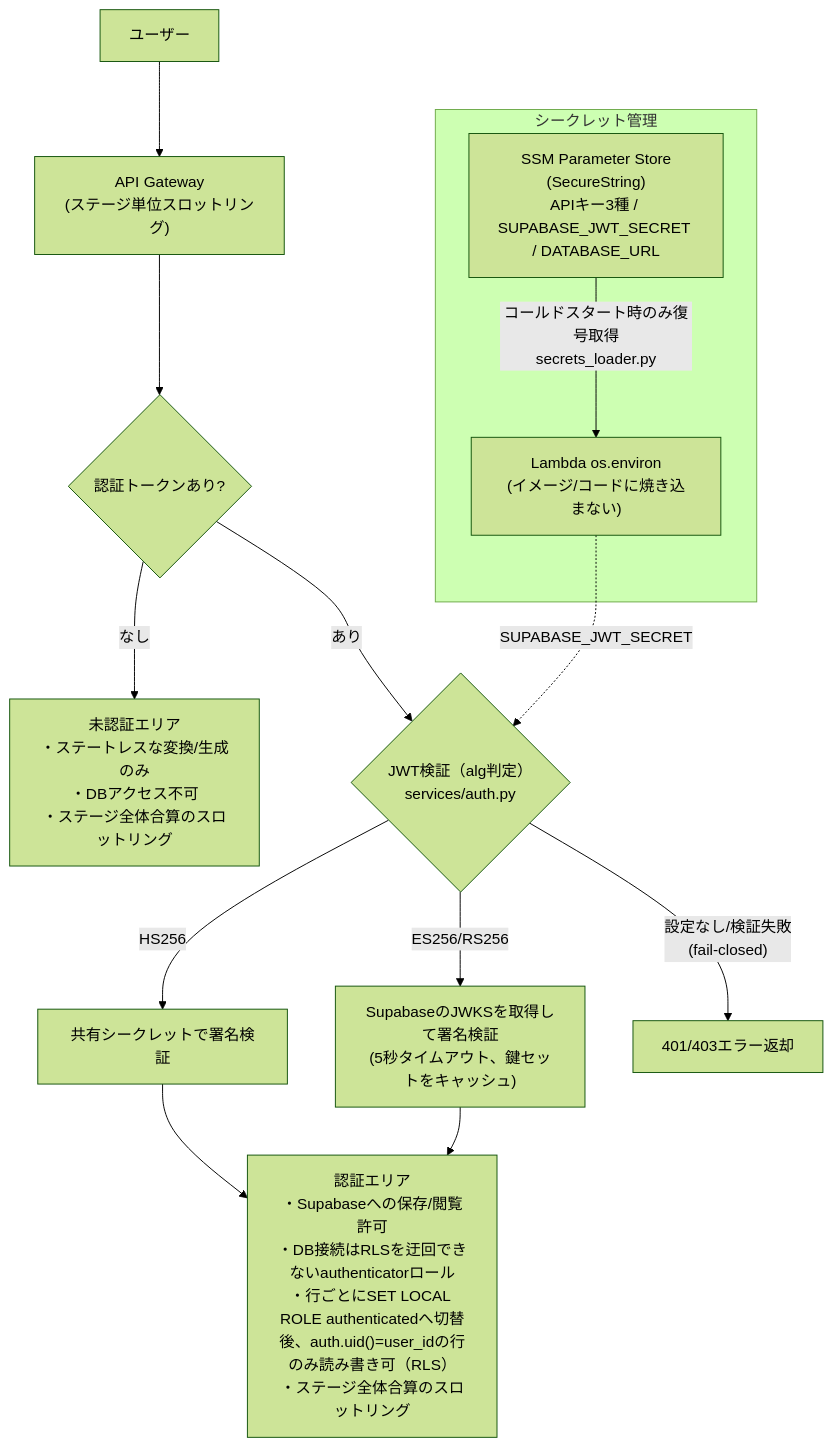
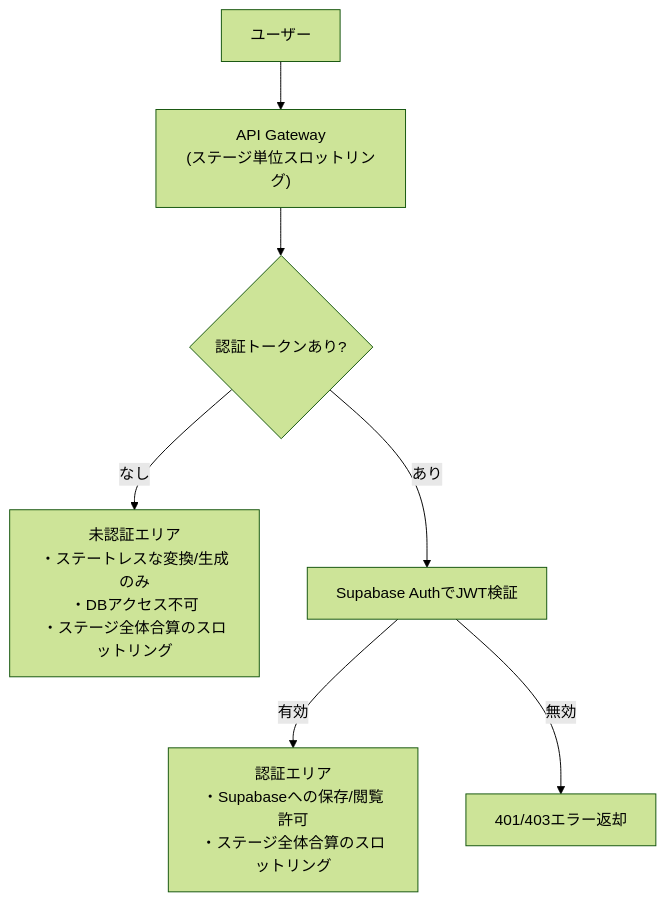
Before and after one commit to EisukeHishikawa/adapt-sheet: the sixth of 8 diagrams in docs/architecture.md, drawn with Mermaid (forest theme). The commit also changed other lines of this file, not shown here.

Commit message:
docs: セキュリティ概要図の重複説明を撤回しクロスリファレンスに置き換え
JWT検証・RLS・シークレット保管の詳細は3章/decisions.md ADR-020/deployment.mdに
既に書かれており、5章への追記は三重の重複だったため撤回し、参照リンク1行に絞る。

Claude-Session: https://claude.ai/code/session_013k4VRKfy212HvkhHUch2YT

````diff
--- a/docs/architecture.md
+++ b/docs/architecture.md
@@ -229,20 +229,10 @@
 ```mermaid
 flowchart TD
-    subgraph Secrets["シークレット管理"]
-        SSM["SSM Parameter Store<br/>(SecureString)<br/>APIキー3種 / SUPABASE_JWT_SECRET / DATABASE_URL"]
-        Env["Lambda os.environ<br/>(イメージ/コードに焼き込まない)"]
-        SSM -->|"コールドスタート時のみ復号取得<br/>secrets_loader.py"| Env
-    end
-
     User["ユーザー"] --> APIGW["API Gateway<br/>(ステージ単位スロットリング)"]
     APIGW --> Router{"認証トークンあり?"}
 
     Router -->|なし| Public["未認証エリア<br/>・ステートレスな変換/生成のみ<br/>・DBアクセス不可<br/>・ステージ全体合算のスロットリング"]
-    Router -->|あり| JWTCheck{"JWT検証（alg判定）<br/>services/auth.py"}
-    Env -.->|SUPABASE_JWT_SECRET| JWTCheck
-    JWTCheck -->|HS256| Shared["共有シークレットで署名検証"]
-    JWTCheck -->|ES256/RS256| JWKS["SupabaseのJWKSを取得して署名検証<br/>(5秒タイムアウト、鍵セットをキャッシュ)"]
-    JWTCheck -->|"設定なし/検証失敗<br/>(fail-closed)"| Reject["401/403エラー返却"]
-    Shared --> Private
-    JWKS --> Private["認証エリア<br/>・Supabaseへの保存/閲覧許可<br/>・DB接続はRLSを迂回できないauthenticatorロール<br/>・行ごとにSET LOCAL ROLE authenticatedへ切替後、auth.uid()=user_idの行のみ読み書き可（RLS）<br/>・ステージ全体合算のスロットリング"]
+    Router -->|あり| SupabaseAuthCheck["Supabase AuthでJWT検証"]
+    SupabaseAuthCheck -->|有効| Private["認証エリア<br/>・Supabaseへの保存/閲覧許可<br/>・ステージ全体合算のスロットリング"]
+    SupabaseAuthCheck -->|無効| Reject["401/403エラー返却"]
 ```
````
